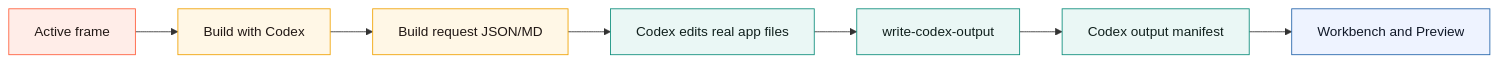
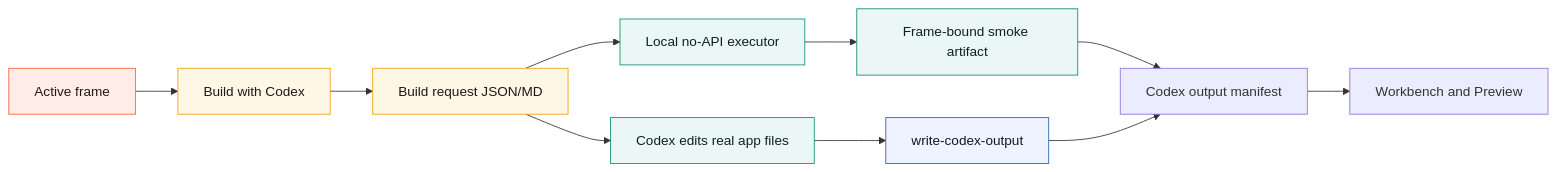
One commit to varshneydevansh/Canvax changed the sixth of 9 diagrams in docs/USAGE.md. Above: the diagram before and after it, drawn with Mermaid. The commit also changed other lines of this file and 10 other files, not shown here.

````diff
--- a/docs/USAGE.md
+++ b/docs/USAGE.md
@@ -618,18 +621,21 @@
 ```mermaid
 flowchart LR
     A[Active frame] --> B[Build with Codex]
     B --> C[Build request JSON/MD]
-    C --> D[Codex edits real app files]
-    D --> E[write-codex-output]
-    E --> F[Codex output manifest]
-    F --> G[Workbench and Preview]
+    C --> D[Local no-API executor]
+    D --> E[Frame-bound smoke artifact]
+    C --> F[Codex edits real app files]
+    F --> G[write-codex-output]
+    E --> H[Codex output manifest]
+    G --> H
+    H --> I[Workbench and Preview]
 
     classDef sketch fill:#ffede8,stroke:#ff5d3a,color:#211815;
     classDef request fill:#fff7e6,stroke:#f0a202,color:#211815;
     classDef code fill:#eaf7f5,stroke:#0c8d7b,color:#10201d;
     classDef preview fill:#eef3ff,stroke:#2364aa,color:#101828;
     class A sketch;
     class B,C request;
     class D,E,F code;
     class G preview;
 ```
````
